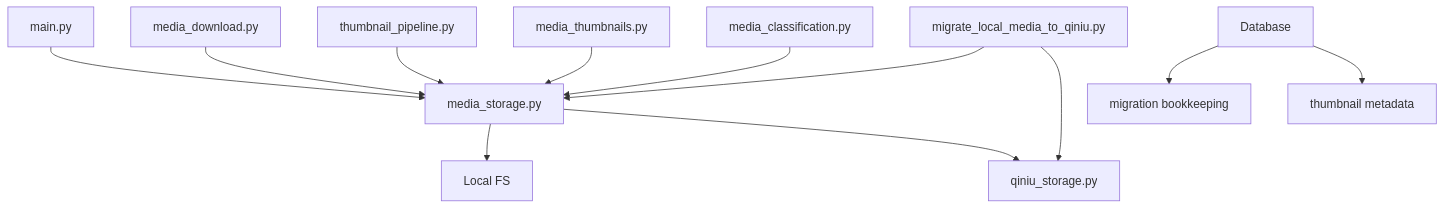
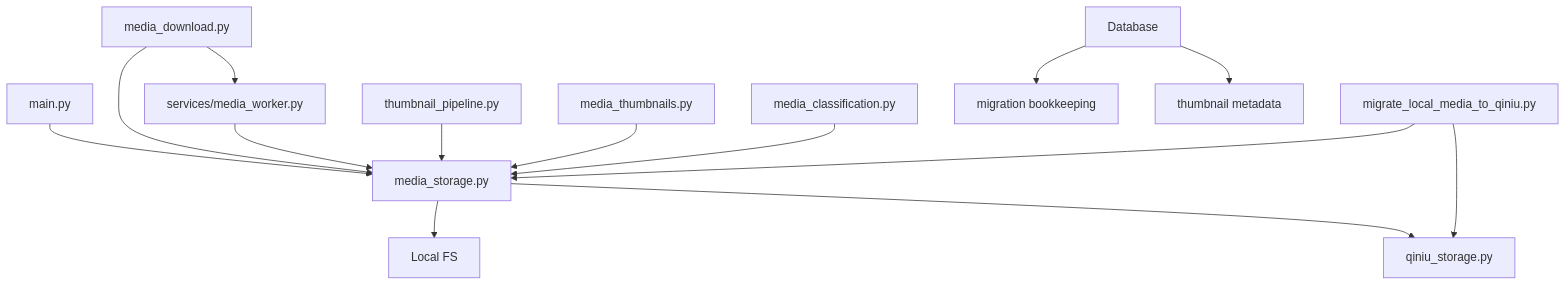
Before and after one commit to zuohaisu/wecom-archive: the tenth of 10 diagrams in .qoder/repowiki/en/content/Architecture/Storage Abstraction Layer/Storage Abstraction Layer.md, drawn with Mermaid. The commit also changed other lines of this file and 90 other files, not shown here.

````diff
--- a/.qoder/repowiki/en/content/Architecture/Storage Abstraction Layer/Storage Abstraction Layer.md
+++ b/.qoder/repowiki/en/content/Architecture/Storage Abstraction Layer/Storage Abstraction Layer.md
@@ -340,14 +409,16 @@
 ```mermaid
 graph TB
 Main["main.py"] --> Storage["media_storage.py"]
 Storage --> Local["Local FS"]
 Storage --> Qiniu["qiniu_storage.py"]
 Download["media_download.py"] --> Storage
+Download --> Worker["services/media_worker.py"]
+Worker --> Storage
 Thumb["thumbnail_pipeline.py"] --> Storage
 Meta["media_thumbnails.py"] --> Storage
 Classify["media_classification.py"] --> Storage
 MigScript["migrate_local_media_to_qiniu.py"] --> Storage
 MigScript --> Qiniu
 DB["Database"] --> MigBook["migration bookkeeping"]
 DB --> ThumbMeta["thumbnail metadata"]
 ```
````
